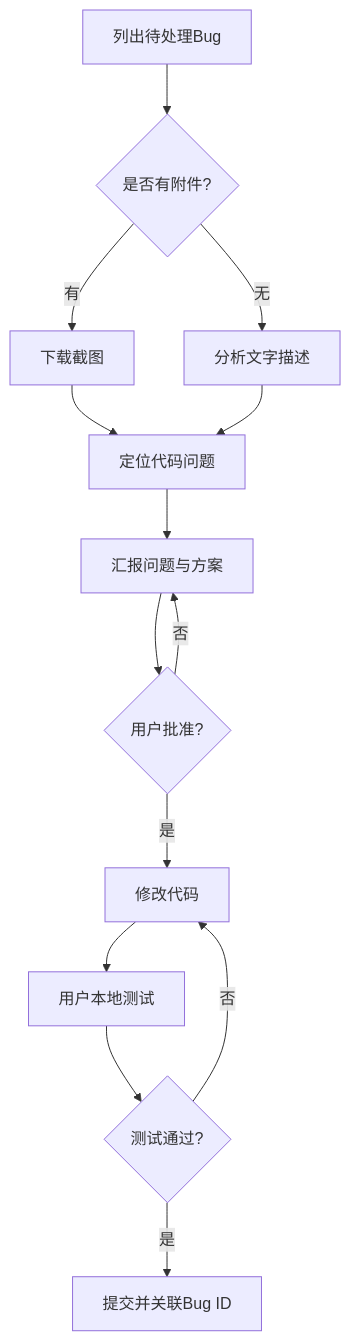
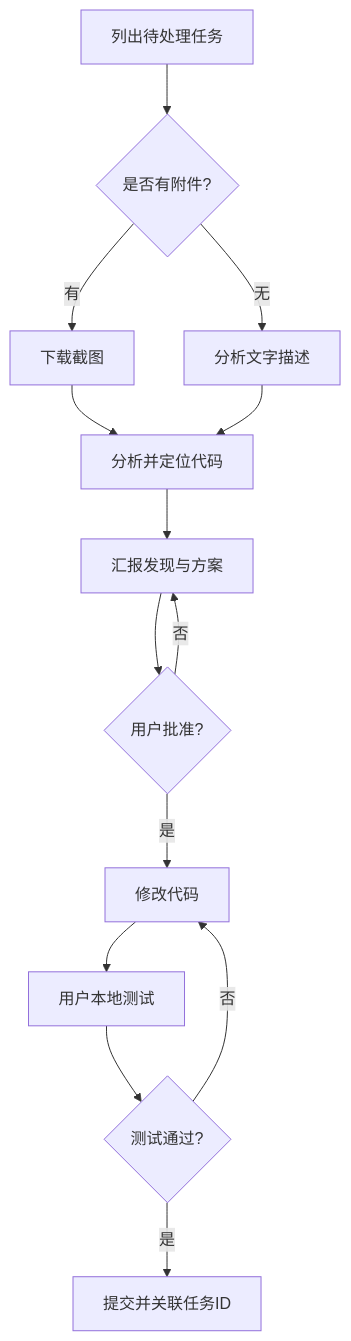
The diagram in README.zh-CN.md (huxi965/zentao-automation-flow), drawn with Mermaid before and after one commit. The commit also changed other lines of this file and 12 other files, not shown here.

````diff
--- a/README.zh-CN.md
+++ b/README.zh-CN.md
@@ -111,16 +139,16 @@
 ```mermaid
 graph TD
-    A[列出待处理Bug] --> B{是否有附件?}
+    A[列出待处理任务] --> B{是否有附件?}
     B -->|有| C[下载截图]
     B -->|无| D[分析文字描述]
-    C --> E[定位代码问题]
+    C --> E[分析并定位代码]
     D --> E
-    E --> F[汇报问题与方案]
+    E --> F[汇报发现与方案]
     F --> G{用户批准?}
     G -->|否| F
     G -->|是| H[修改代码]
     H --> I[用户本地测试]
     I --> J{测试通过?}
     J -->|否| H
-    J -->|是| K[提交并关联Bug ID]
+    J -->|是| K[提交并关联任务ID]
 ```
````
